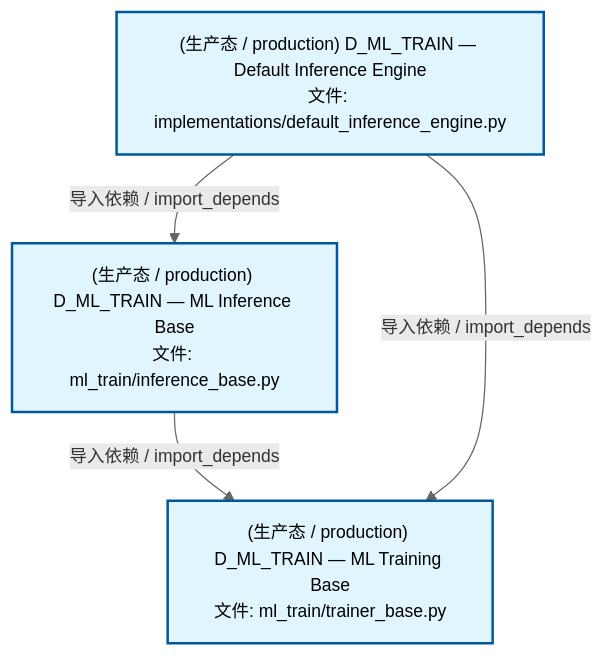
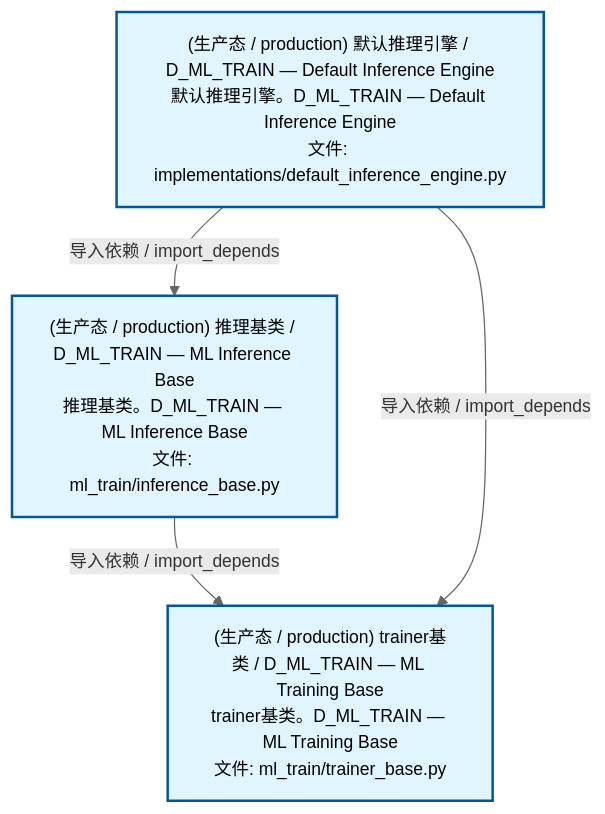
Before and after one commit to xuanFelixVan/ZephyrAlpha: the second of 4 diagrams in docs/02_enterprise_architecture/02_domain_architecture_docs/61_d_ml_train.md, drawn with Mermaid. The commit also changed other lines of this file and 60 other files, not shown here.

````diff
--- a/docs/02_enterprise_architecture/02_domain_architecture_docs/61_d_ml_train.md
+++ b/docs/02_enterprise_architecture/02_domain_architecture_docs/61_d_ml_train.md
@@ -99,15 +99,15 @@
 ```mermaid
 %%{init: {'theme': 'base', 'themeVariables': {'primaryColor': '#eaeaea', 'primaryTextColor': '#333333', 'primaryBorderColor': '#666666', 'lineColor': '#666666', 'secondaryColor': '#eaeaea', 'tertiaryColor': '#eaeaea', 'fontSize': '14px'}}}%%
 flowchart TD
-    src_zephyr_ml_train_implementations_default_inference_engine_py["(生产态 / production) D_ML_TRAIN — Default Inference Engine<br/>文件: implementations/default_inference_engine.py"]
-    src_zephyr_ml_train_inference_base_py["(生产态 / production) D_ML_TRAIN — ML Inference Base<br/>文件: ml_train/inference_base.py"]
-    src_zephyr_ml_train_trainer_base_py["(生产态 / production) D_ML_TRAIN — ML Training Base<br/>文件: ml_train/trainer_base.py"]
+    src_zephyr_ml_train_implementations_default_inference_engine_py["(生产态 / production) 默认推理引擎 / D_ML_TRAIN — Default Inference Engine<br/>默认推理引擎。D_ML_TRAIN — Default Inference Engine<br/>文件: implementations/default_inference_engine.py"]
+    src_zephyr_ml_train_inference_base_py["(生产态 / production) 推理基类 / D_ML_TRAIN — ML Inference Base<br/>推理基类。D_ML_TRAIN — ML Inference Base<br/>文件: ml_train/inference_base.py"]
+    src_zephyr_ml_train_trainer_base_py["(生产态 / production) trainer基类 / D_ML_TRAIN — ML Training Base<br/>trainer基类。D_ML_TRAIN — ML Training Base<br/>文件: ml_train/trainer_base.py"]
     src_zephyr_ml_train_inference_base_py -->|导入依赖 / import_depends| src_zephyr_ml_train_trainer_base_py
     src_zephyr_ml_train_implementations_default_inference_engine_py -->|导入依赖 / import_depends| src_zephyr_ml_train_inference_base_py
     src_zephyr_ml_train_implementations_default_inference_engine_py -->|导入依赖 / import_depends| src_zephyr_ml_train_trainer_base_py
     classDef production fill:#e1f5fe,stroke:#01579b,stroke-width:2px,color:#000
     classDef design fill:#fff3e0,stroke:#e65100,stroke-width:2px,color:#000,stroke-dasharray: 5 5
     classDef external_prod fill:#e8f4fd,stroke:#0277bd,stroke-width:1px,color:#000
     classDef external_design fill:#fff8e7,stroke:#ef6c00,stroke-width:1px,color:#000,stroke-dasharray: 5 5
     class src_zephyr_ml_train_implementations_default_inference_engine_py,src_zephyr_ml_train_inference_base_py,src_zephyr_ml_train_trainer_base_py production
 ```
````
